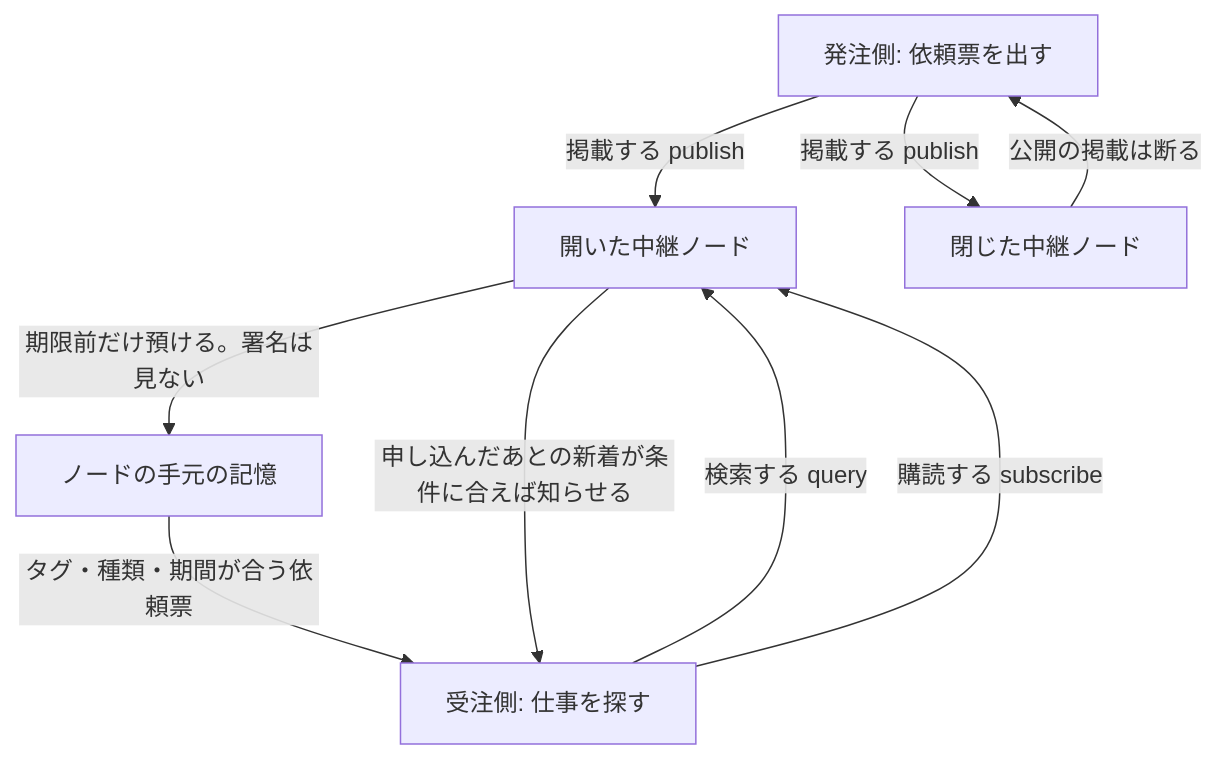
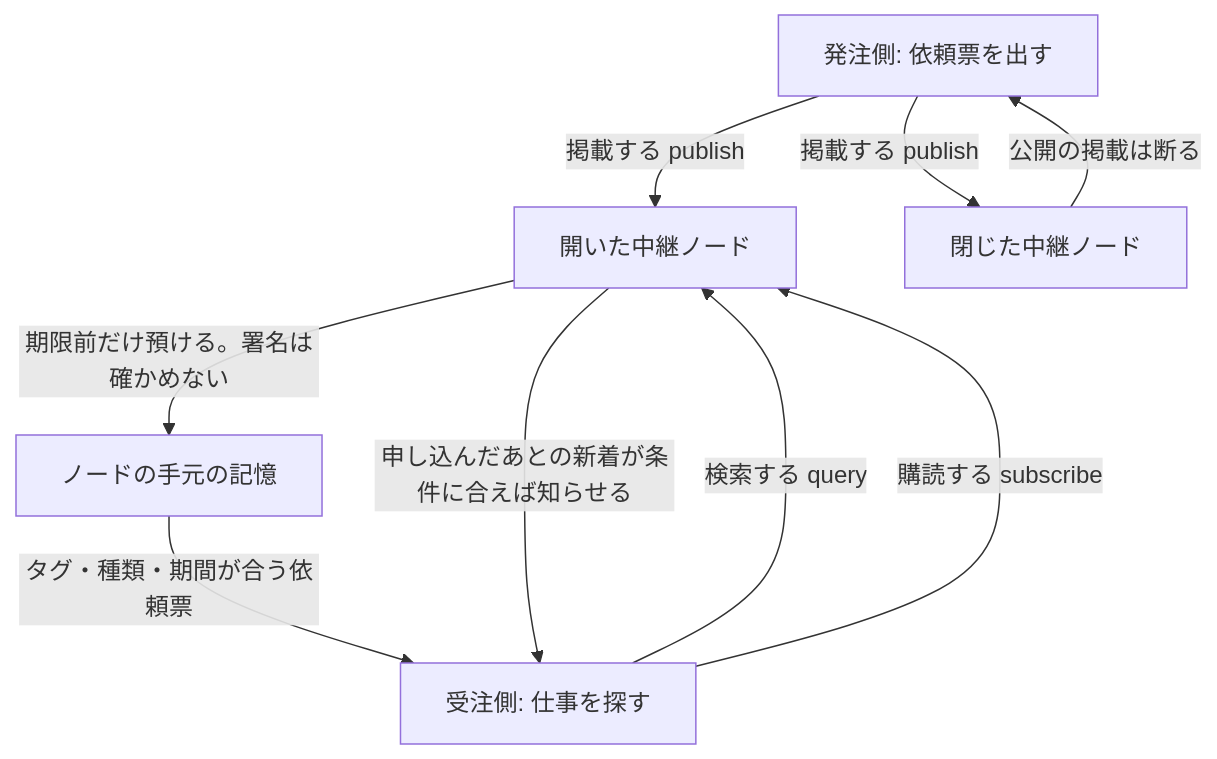
The diagram in docs/distribution.md (ranma-s/a2aix), drawn with Mermaid before and after one commit. The commit also changed other lines of this file and 1 other file, not shown here.

````diff
--- a/docs/distribution.md
+++ b/docs/distribution.md
@@ -15,17 +15,17 @@
 ```mermaid
 flowchart TD
   poster["発注側: 依頼票を出す"]
   openNode["開いた中継ノード"]
   closedNode["閉じた中継ノード"]
   memory["ノードの手元の記憶"]
   seeker["受注側: 仕事を探す"]
 
   poster -->|"掲載する publish"| openNode
   poster -->|"掲載する publish"| closedNode
   closedNode -->|"公開の掲載は断る"| poster
-  openNode -->|"期限前だけ預ける。署名は見ない"| memory
+  openNode -->|"期限前だけ預ける。署名は確かめない"| memory
   seeker -->|"検索する query"| openNode
   memory -->|"タグ・種類・期間が合う依頼票"| seeker
   seeker -->|"購読する subscribe"| openNode
   openNode -->|"申し込んだあとの新着が条件に合えば知らせる"| seeker
 ```
````
